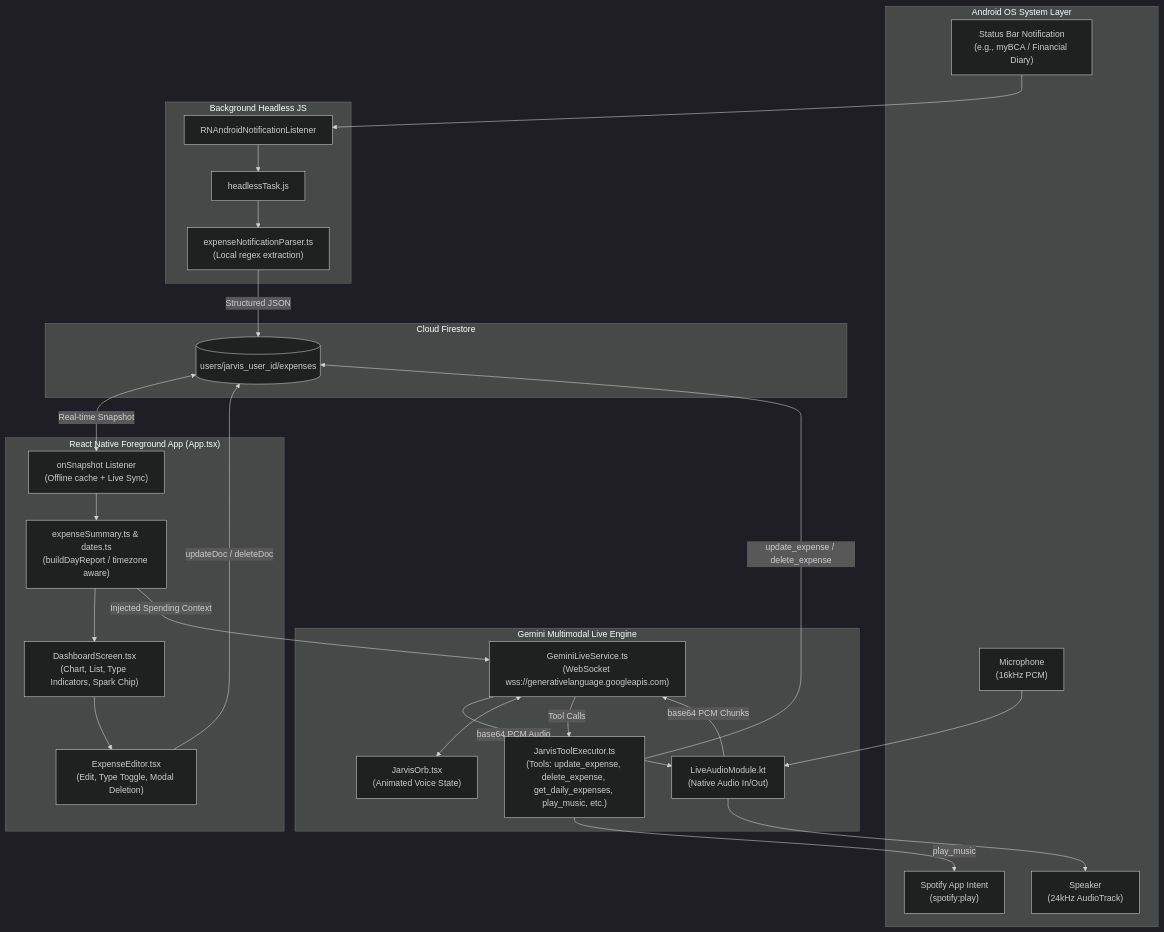
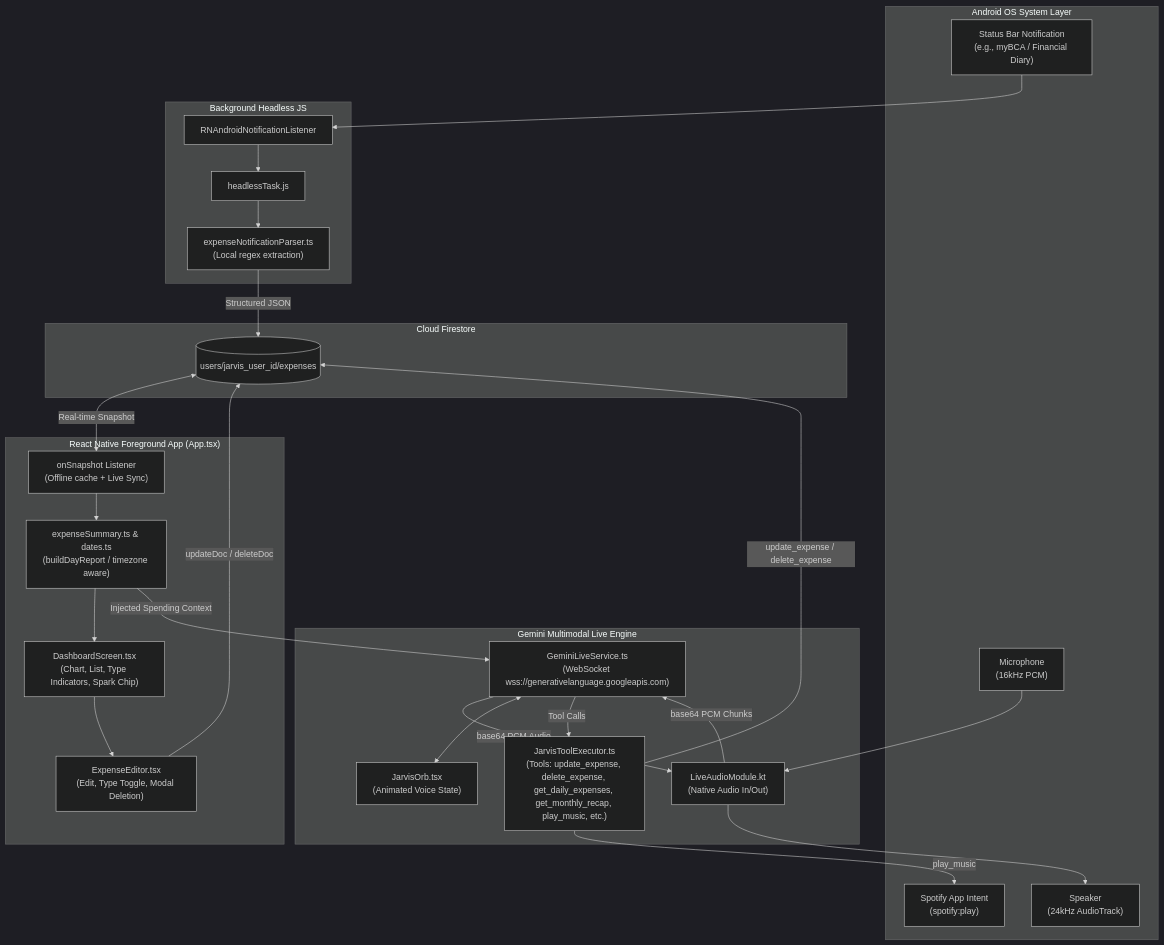
The first of 2 diagrams in JarvisAssistant/docs/architecture-and-system-overview.md (RenaldoLouis/home_assistant), drawn with Mermaid (dark theme) before and after one commit. The commit also changed other lines of this file and 17 other files, not shown here.

First line of the commit message:
feat(expenses): monthly spending recap with month-over-month comparison

````diff
--- a/JarvisAssistant/docs/architecture-and-system-overview.md
+++ b/JarvisAssistant/docs/architecture-and-system-overview.md
@@ -28,55 +28,55 @@
 ```mermaid
 flowchart TD
     subgraph AndroidOS["Android OS System Layer"]
         Notif["Status Bar Notification\n(e.g., myBCA / Financial Diary)"]
         Mic["Microphone\n(16kHz PCM)"]
         Speaker["Speaker\n(24kHz AudioTrack)"]
         SpotifyIntent["Spotify App Intent\n(spotify:play)"]
     end
 
     subgraph Background["Background Headless JS"]
         NL["RNAndroidNotificationListener"]
         Parser["expenseNotificationParser.ts\n(Local regex extraction)"]
         Headless["headlessTask.js"]
     end
 
     subgraph Storage["Cloud Firestore"]
         FirestoreDB[("users/jarvis_user_id/expenses")]
     end
 
     subgraph ForegroundApp["React Native Foreground App (App.tsx)"]
         Sync["onSnapshot Listener\n(Offline cache + Live Sync)"]
         ReportEngine["expenseSummary.ts & dates.ts\n(buildDayReport / timezone aware)"]
         Dashboard["DashboardScreen.tsx\n(Chart, List, Type Indicators, Spark Chip)"]
         Editor["ExpenseEditor.tsx\n(Edit, Type Toggle, Modal Deletion)"]
     end
 
     subgraph AIEngine["Gemini Multimodal Live Engine"]
         AudioBridge["LiveAudioModule.kt\n(Native Audio In/Out)"]
         LiveService["GeminiLiveService.ts\n(WebSocket wss://generativelanguage.googleapis.com)"]
-        ToolExecutor["JarvisToolExecutor.ts\n(Tools: update_expense, delete_expense, get_daily_expenses, play_music, etc.)"]
+        ToolExecutor["JarvisToolExecutor.ts\n(Tools: update_expense, delete_expense, get_daily_expenses, get_monthly_recap, play_music, etc.)"]
         Orb["JarvisOrb.tsx\n(Animated Voice State)"]
     end
 
     Notif --> NL
     NL --> Headless
     Headless --> Parser
     Parser -->|Structured JSON| FirestoreDB
 
     FirestoreDB <-->|Real-time Snapshot| Sync
     Sync --> ReportEngine
     ReportEngine --> Dashboard
     Dashboard --> Editor
     Editor -->|updateDoc / deleteDoc| FirestoreDB
 
     Mic --> AudioBridge
     AudioBridge -->|base64 PCM Chunks| LiveService
     LiveService -->|base64 PCM Audio| AudioBridge
     AudioBridge --> Speaker
     LiveService <--> Orb
 
     LiveService -->|Tool Calls| ToolExecutor
     ToolExecutor -->|update_expense / delete_expense| FirestoreDB
     ToolExecutor -->|play_music| SpotifyIntent
     ReportEngine -->|Injected Spending Context| LiveService
 ```
````
